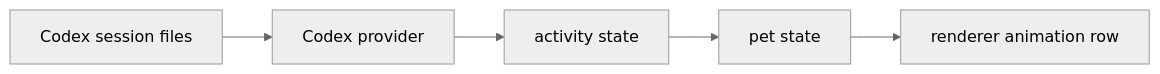
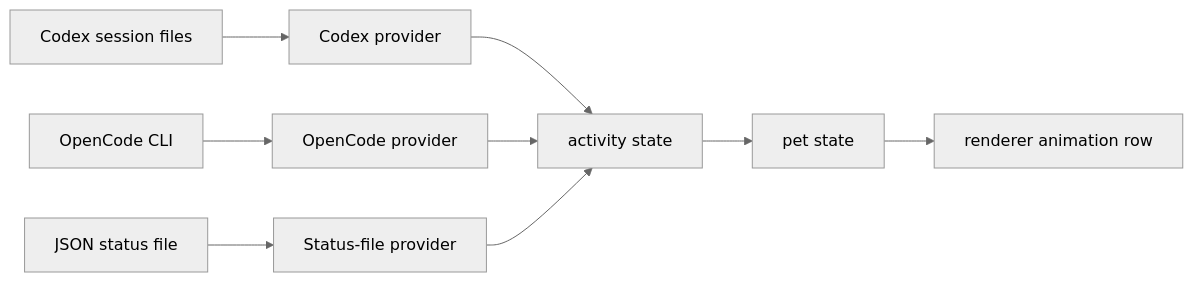
The diagram in docs/architecture.md (ifBars/agent-pets), drawn with Mermaid (neutral theme) before and after one commit. The commit also changed other lines of this file and 19 other files, not shown here.

Commit message:
Simplify pet UI and add OpenCode provider

````diff
--- a/docs/architecture.md
+++ b/docs/architecture.md
@@ -78,7 +89,11 @@
 ```mermaid
 flowchart LR
   A["Codex session files"] --> B["Codex provider"]
+  F["OpenCode CLI"] --> G["OpenCode provider"]
+  H["JSON status file"] --> I["Status-file provider"]
   B --> C["activity state"]
+  G --> C
+  I --> C
   C --> D["pet state"]
   D --> E["renderer animation row"]
 ```
````
